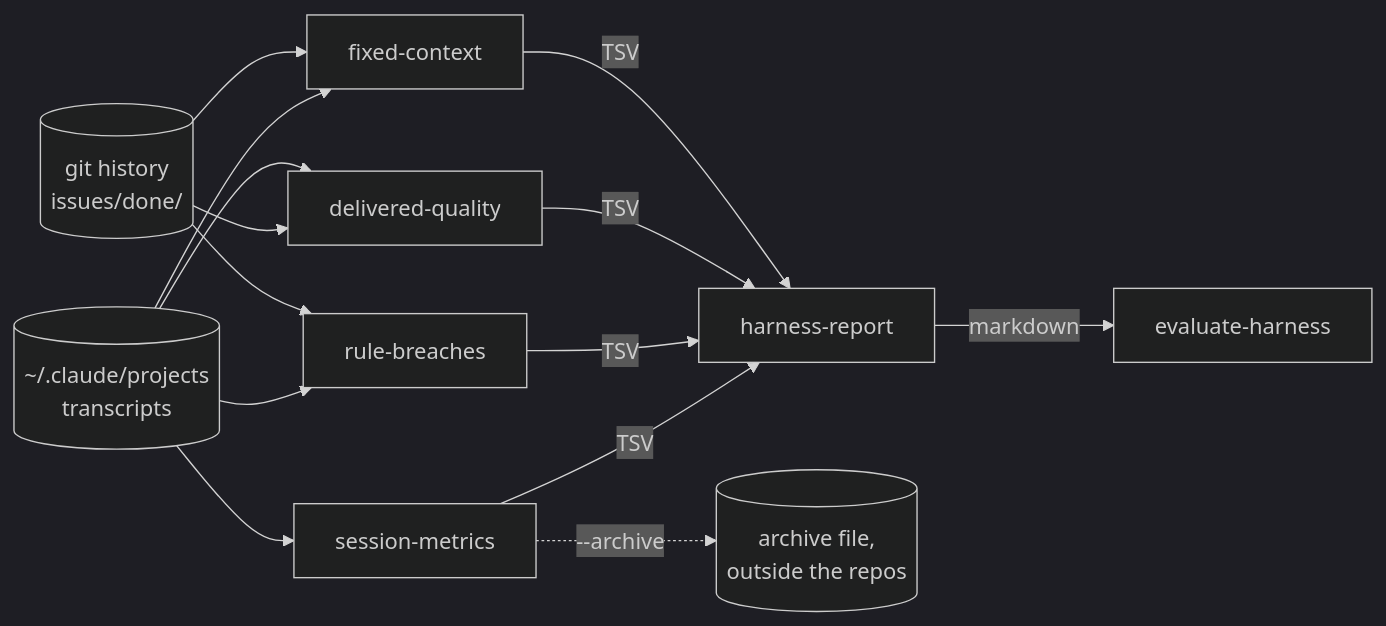
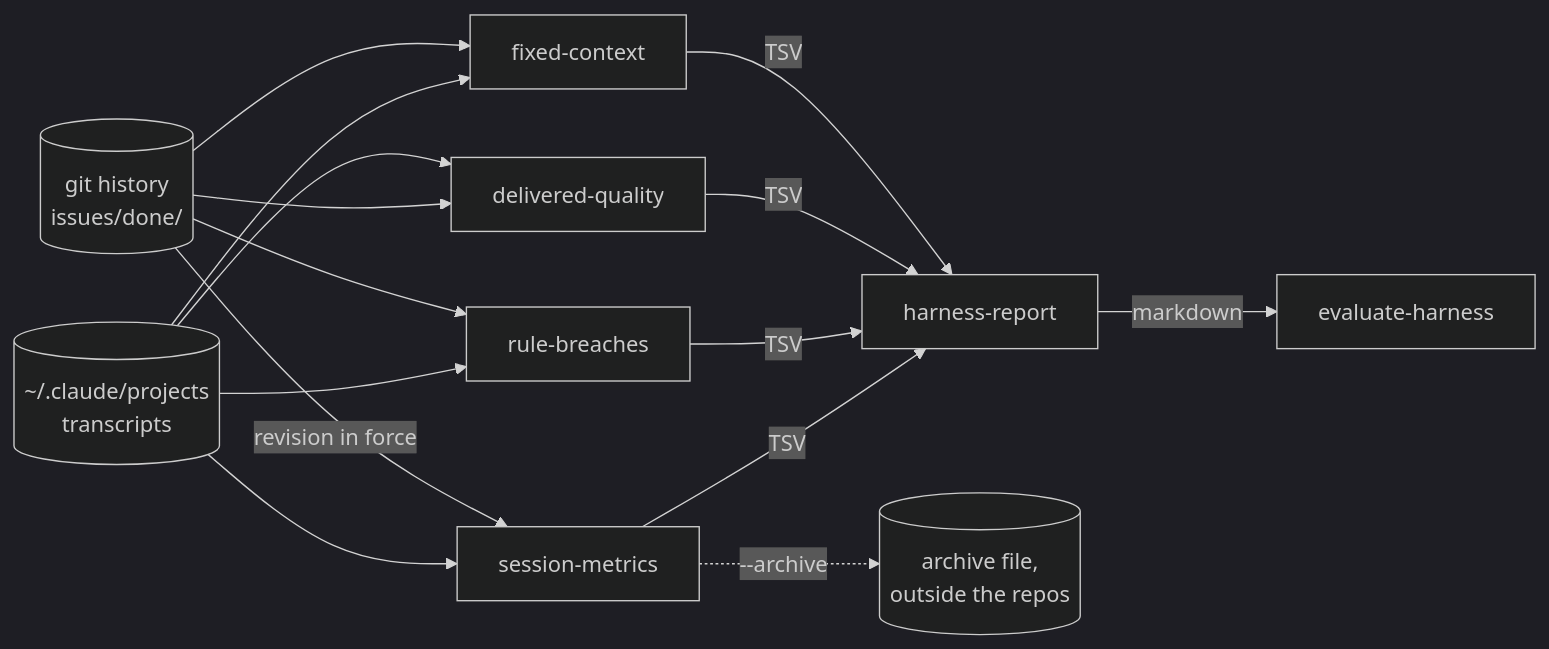
One commit to Electron-libre/agent-harness changed the fourth of 4 diagrams in docs/architecture.md. Above: the diagram before and after it, drawn with Mermaid (dark theme). The commit also changed other lines of this file and 4 other files, not shown here.

First line of the commit message:
docs: settle the review of the README and the diagrams

````diff
--- a/docs/architecture.md
+++ b/docs/architecture.md
@@ -195,16 +197,17 @@
 ```mermaid
 flowchart LR
   transcripts[("~/.claude/projects<br/>transcripts")] --> metrics["session-metrics"]
   transcripts --> breaches["rule-breaches"]
   transcripts --> context["fixed-context"]
   git[("git history<br/>issues/done/")] --> quality["delivered-quality"]
   transcripts --> quality
+  git -->|revision in force| metrics
   git --> breaches
   git --> context
   metrics -->|TSV| report["harness-report"]
   breaches -->|TSV| report
   quality -->|TSV| report
   context -->|TSV| report
-  metrics -.->|--archive| archive[("archive file,<br/>outside the repos")]
+  metrics -.->|"--archive"| archive[("archive file,<br/>outside the repos")]
   report -->|markdown| skill["evaluate-harness"]
 ```
````
